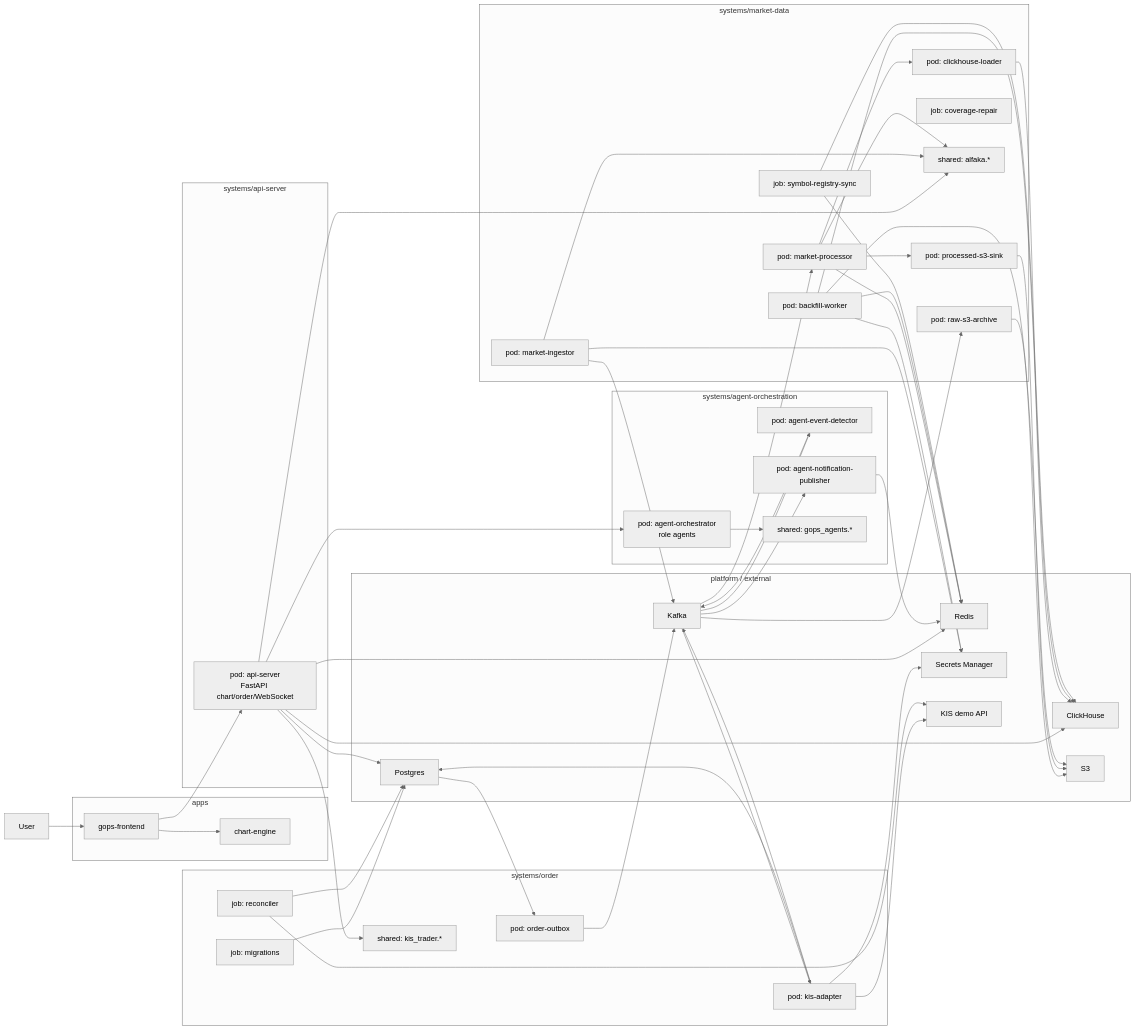
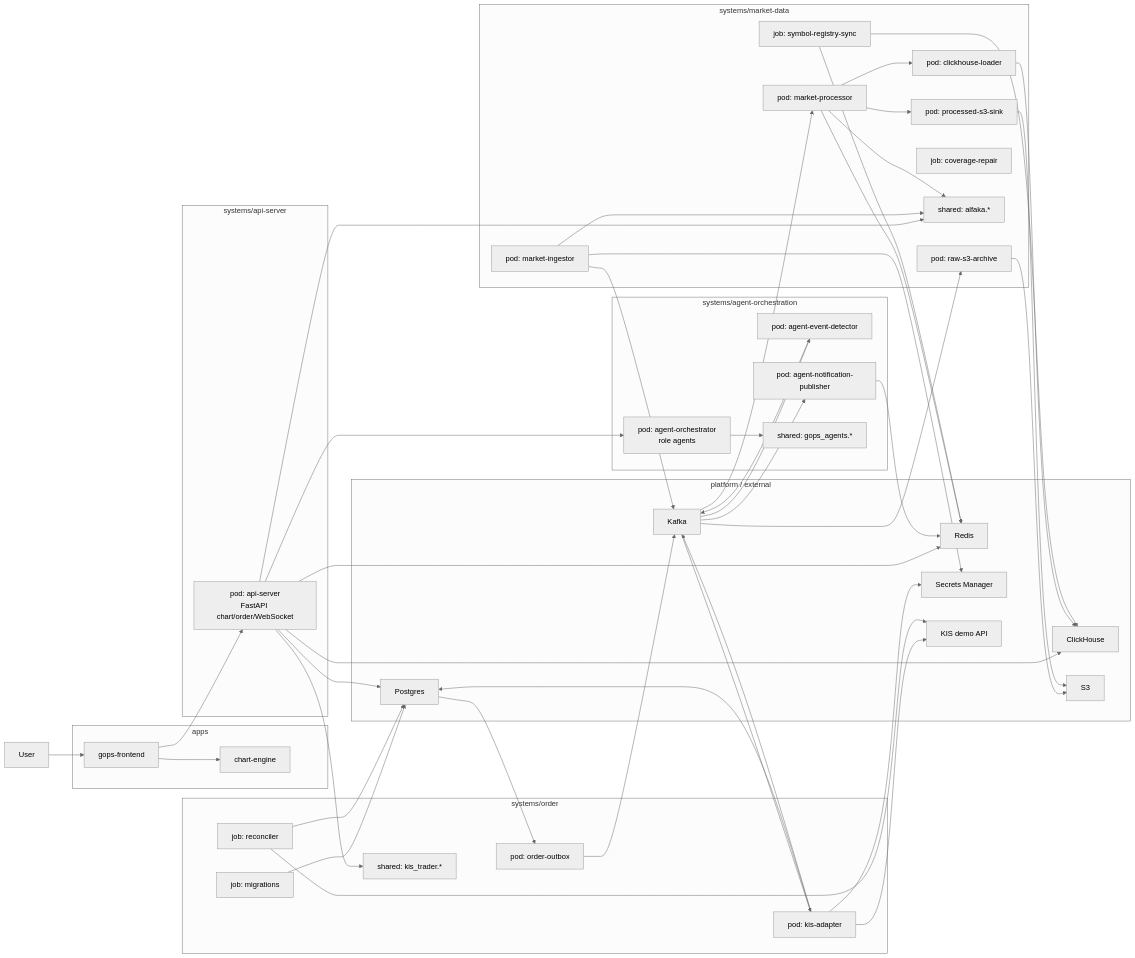
One commit to seunglee10/GOPS-BE changed the diagram in docs/ARCHITECTURE.md. Above: the diagram before and after it, drawn with Mermaid (neutral theme). The commit also changed other lines of this file and 45 other files, not shown here.

Commit message:
Replace chart backfill with on-demand fill

```diff
--- a/docs/ARCHITECTURE.md
+++ b/docs/ARCHITECTURE.md
@@ -69,7 +69,6 @@
     S3Sink["pod: processed-s3-sink"]
     RawS3Archive["pod: raw-s3-archive"]
     CHLoader["pod: clickhouse-loader"]
-    Backfill["pod: backfill-worker"]
     Registry["job: symbol-registry-sync"]
     CoverageRepair["job: coverage-repair"]
     MarketShared["shared: alfaka.*"]
@@ -121,10 +120,6 @@
   AlertPublisher --> Redis
   S3Sink --> S3
   CHLoader --> ClickHouse
-  Backfill --> Redis
-  Backfill --> S3
-  Backfill --> ClickHouse
-  Backfill --> Secrets
   Registry --> Redis
   Registry --> ClickHouse
 
```
